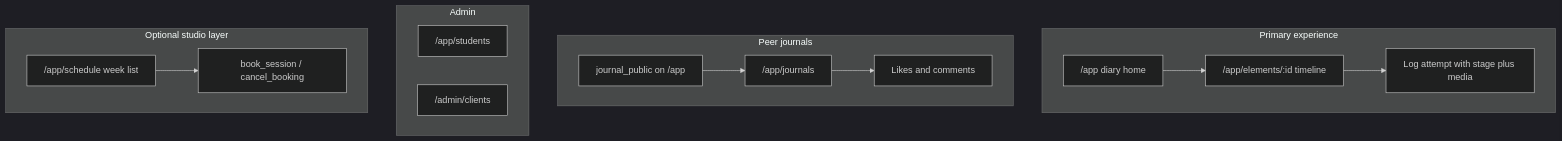
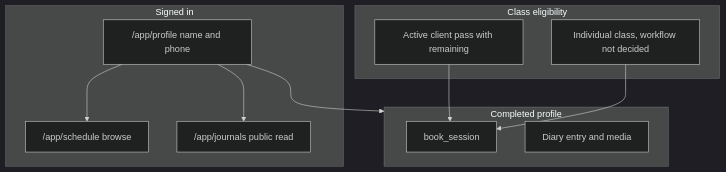
The diagram in docs/ROADMAP.md (kategrytsenko/pole-progress), drawn with Mermaid (dark theme) before and after one commit. The commit also changed other lines of this file and 8 other files, not shown here.

````diff
--- a/docs/ROADMAP.md
+++ b/docs/ROADMAP.md
@@ -33,26 +40,21 @@
 ```mermaid
 flowchart TB
-  subgraph primary [Primary experience]
-    Diary["/app diary home"]
-    Element["/app/elements/:id timeline"]
-    Attempt["Log attempt with stage plus media"]
+  subgraph session [Signed in]
+    Profile["/app/profile name and phone"]
+    ScheduleRead["/app/schedule browse"]
+    JournalRead["/app/journals public read"]
   end
-  subgraph peers [Peer journals]
-    Toggle["journal_public on /app"]
-    Journals["/app/journals"]
-    Reactions["Likes and comments"]
+  subgraph complete [Completed profile]
+    Book["book_session"]
+    DiaryWrite["Diary entry and media"]
   end
-  subgraph staff [Admin]
-    Students["/app/students"]
-    Clients["/admin/clients"]
+  subgraph pay [Class eligibility]
+    Pass["Active client pass with remaining"]
+    DropIn["Individual class, workflow not decided"]
   end
-  subgraph optional [Optional studio layer]
-    Schedule["/app/schedule week list"]
-    Book["book_session / cancel_booking"]
-  end
-  Diary --> Element
-  Element --> Attempt
-  Toggle --> Journals
-  Journals --> Reactions
-  Schedule --> Book
+  Profile --> ScheduleRead
+  Profile --> JournalRead
+  Profile --> complete
+  Pass --> Book
+  DropIn --> Book
 ```
````
